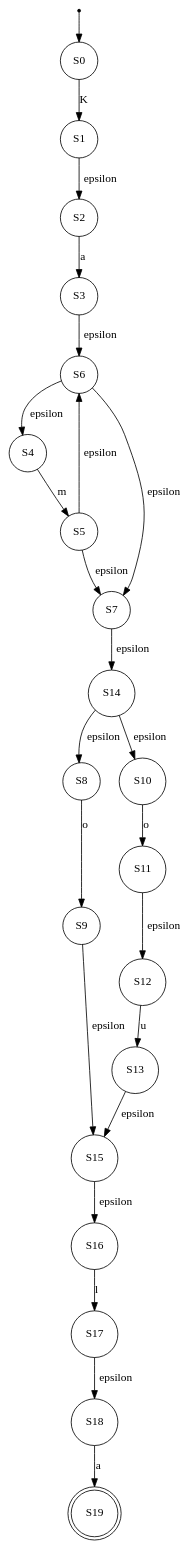
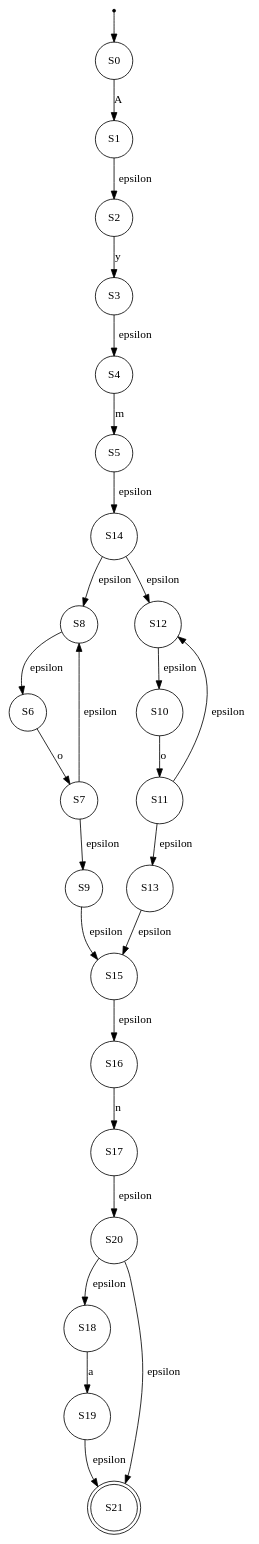
Before and after one commit to AbdelrahmanHamdyy/Regex-MinDFA-Converter: the diagram in output/nfa.gv, drawn with Graphviz. The commit also changed 8 other files, not shown here.

```diff
--- a/output/nfa.gv
+++ b/output/nfa.gv
@@ -1,47 +1,52 @@
 // NFA Visualization
 digraph {
 	"" [label="" shape=point]
 	S0 [label=S0 shape=circle]
 	"" -> S0
 	S1 [label=S1 shape=circle]
 	S2 [label=S2 shape=circle]
 	S3 [label=S3 shape=circle]
-	S6 [label=S6 shape=circle]
 	S4 [label=S4 shape=circle]
 	S5 [label=S5 shape=circle]
-	S7 [label=S7 shape=circle]
 	S14 [label=S14 shape=circle]
 	S8 [label=S8 shape=circle]
+	S6 [label=S6 shape=circle]
+	S7 [label=S7 shape=circle]
 	S9 [label=S9 shape=circle]
 	S15 [label=S15 shape=circle]
 	S16 [label=S16 shape=circle]
 	S17 [label=S17 shape=circle]
+	S20 [label=S20 shape=circle]
 	S18 [label=S18 shape=circle]
-	S19 [label=S19 shape=doublecircle]
+	S19 [label=S19 shape=circle]
+	S21 [label=S21 shape=doublecircle]
+	S12 [label=S12 shape=circle]
 	S10 [label=S10 shape=circle]
 	S11 [label=S11 shape=circle]
-	S12 [label=S12 shape=circle]
 	S13 [label=S13 shape=circle]
-	S0 -> S1 [label=K]
+	S0 -> S1 [label=A]
 	S1 -> S2 [label=epsilon]
-	S2 -> S3 [label=a]
-	S3 -> S6 [label=epsilon]
-	S6 -> S4 [label=epsilon]
-	S6 -> S7 [label=epsilon]
+	S2 -> S3 [label=y]
+	S3 -> S4 [label=epsilon]
 	S4 -> S5 [label=m]
-	S5 -> S6 [label=epsilon]
-	S5 -> S7 [label=epsilon]
-	S7 -> S14 [label=epsilon]
+	S5 -> S14 [label=epsilon]
 	S14 -> S8 [label=epsilon]
-	S14 -> S10 [label=epsilon]
-	S8 -> S9 [label=o]
+	S14 -> S12 [label=epsilon]
+	S8 -> S6 [label=epsilon]
+	S6 -> S7 [label=o]
+	S7 -> S8 [label=epsilon]
+	S7 -> S9 [label=epsilon]
 	S9 -> S15 [label=epsilon]
 	S15 -> S16 [label=epsilon]
-	S16 -> S17 [label=l]
-	S17 -> S18 [label=epsilon]
+	S16 -> S17 [label=n]
+	S17 -> S20 [label=epsilon]
+	S20 -> S18 [label=epsilon]
+	S20 -> S21 [label=epsilon]
 	S18 -> S19 [label=a]
+	S19 -> S21 [label=epsilon]
+	S12 -> S10 [label=epsilon]
 	S10 -> S11 [label=o]
 	S11 -> S12 [label=epsilon]
-	S12 -> S13 [label=u]
+	S11 -> S13 [label=epsilon]
 	S13 -> S15 [label=epsilon]
 }
```
